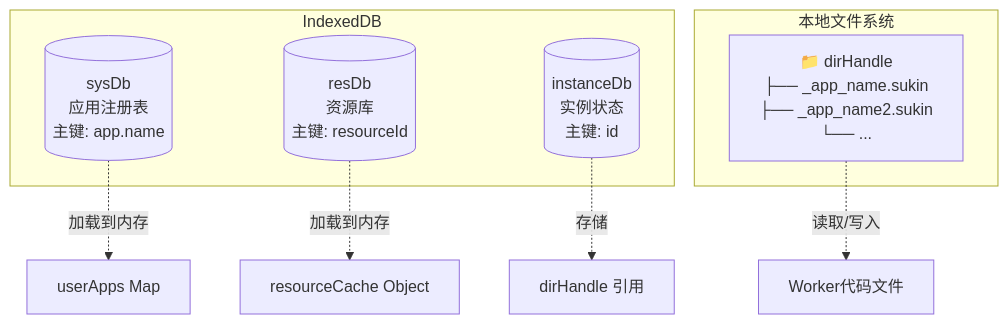
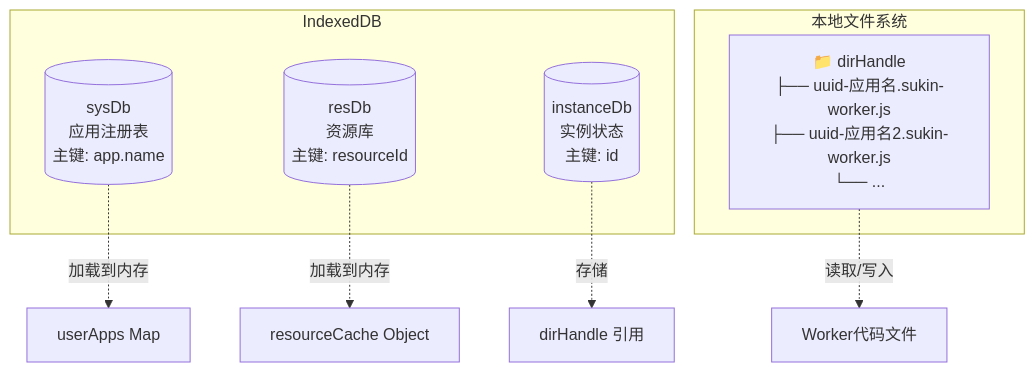
Diagram 14 of 14 in docs/module/04-process-kernel.md (suluwanqing/sukinOS), drawn with Mermaid before and after one commit. The commit also changed other lines of this file and 70 other files, not shown here.

````diff
--- a/docs/module/04-process-kernel.md
+++ b/docs/module/04-process-kernel.md
@@ -1056,17 +1198,17 @@
 ```mermaid
 graph TB
     subgraph IndexedDB
         W[(sysDb<br/>应用注册表<br/>主键: app.name)]
         X[(resDb<br/>资源库<br/>主键: resourceId)]
         Y[(instanceDb<br/>实例状态<br/>主键: id)]
     end
 
     subgraph 本地文件系统
-        Z[📁 dirHandle<br/>├── _app_name.sukin<br/>├── _app_name2.sukin<br/>└── ...]
+        Z[📁 dirHandle<br/>├── uuid-应用名.sukin-worker.js<br/>├── uuid-应用名2.sukin-worker.js<br/>└── ...]
     end
 
     W -.->|加载到内存| A[userApps Map]
     X -.->|加载到内存| B[resourceCache Object]
     Y -.->|存储| C[dirHandle 引用]
     Z -.->|读取/写入| D[Worker代码文件]
 ```
````
